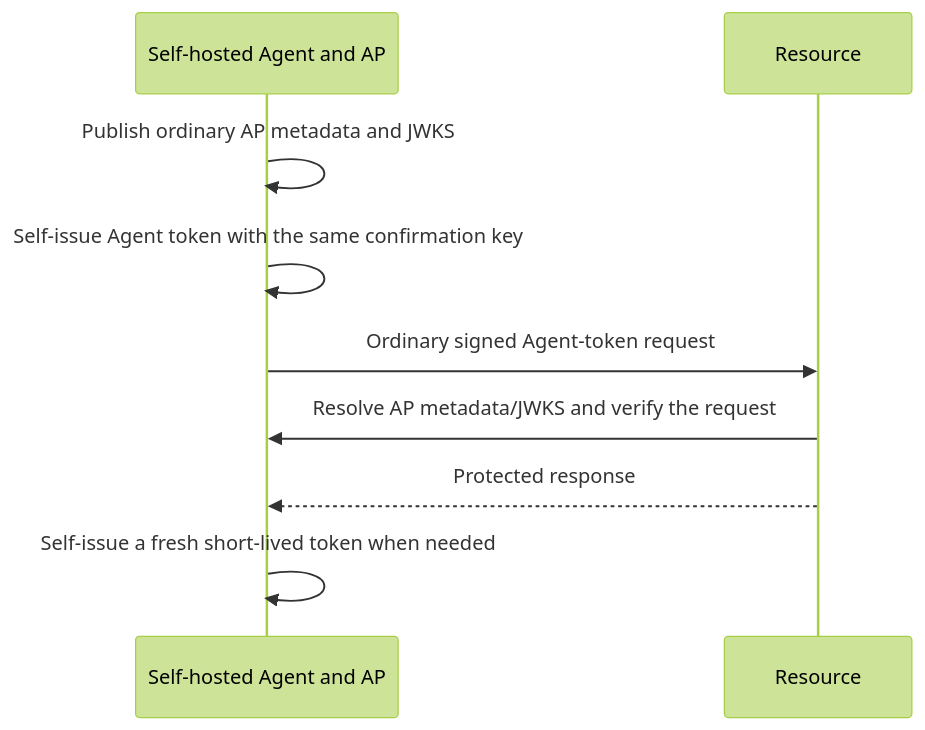
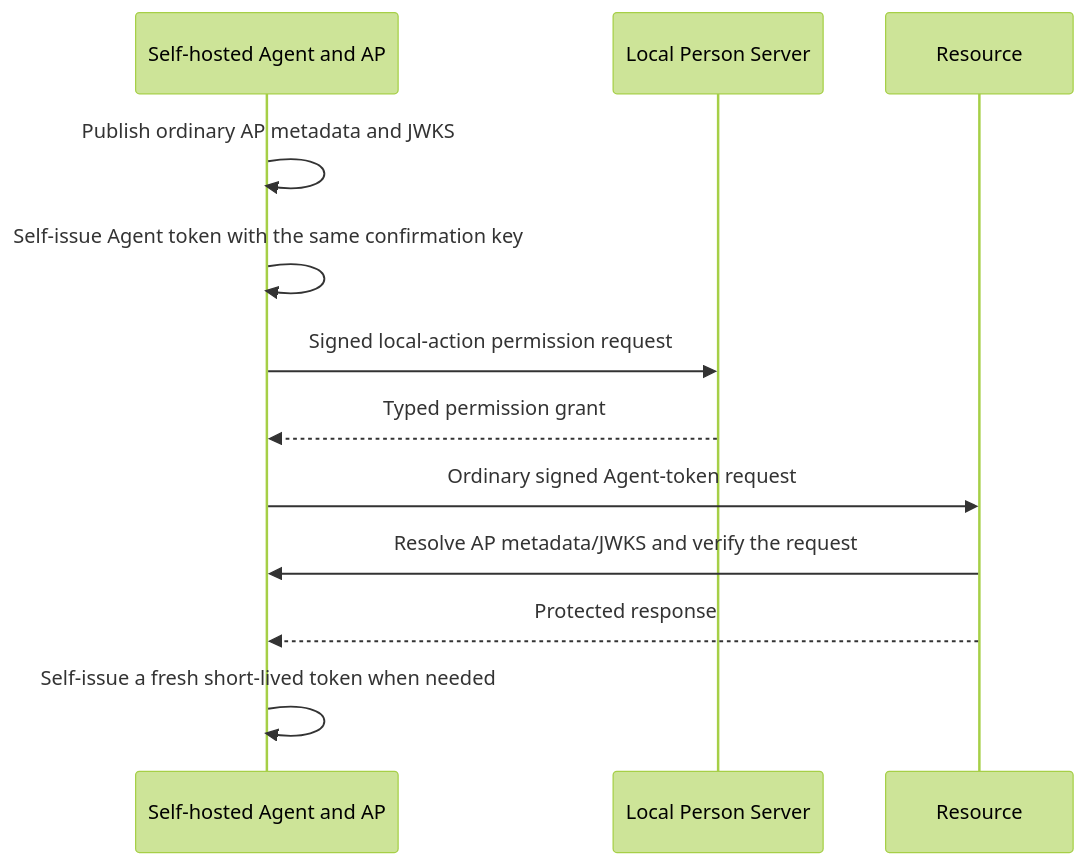
Before and after one commit to sidecat-dev/aauth-go: diagram 11 of 11 in PROTOCOL.md, drawn with Mermaid (forest theme). The commit also changed other lines of this file and 5 other files, not shown here.

Commit message:
compose self-hosted local permission and direct resource profile

````diff
--- a/PROTOCOL.md
+++ b/PROTOCOL.md
@@ -491,11 +491,14 @@
 ```mermaid
 sequenceDiagram
     participant A as Self-hosted Agent and AP
+    participant PS as Local Person Server
     participant R as Resource
     A->>A: Publish ordinary AP metadata and JWKS
     A->>A: Self-issue Agent token with the same confirmation key
+    A->>PS: Signed local-action permission request
+    PS-->>A: Typed permission grant
     A->>R: Ordinary signed Agent-token request
     R->>A: Resolve AP metadata/JWKS and verify the request
     R-->>A: Protected response
     A->>A: Self-issue a fresh short-lived token when needed
 ```
````
